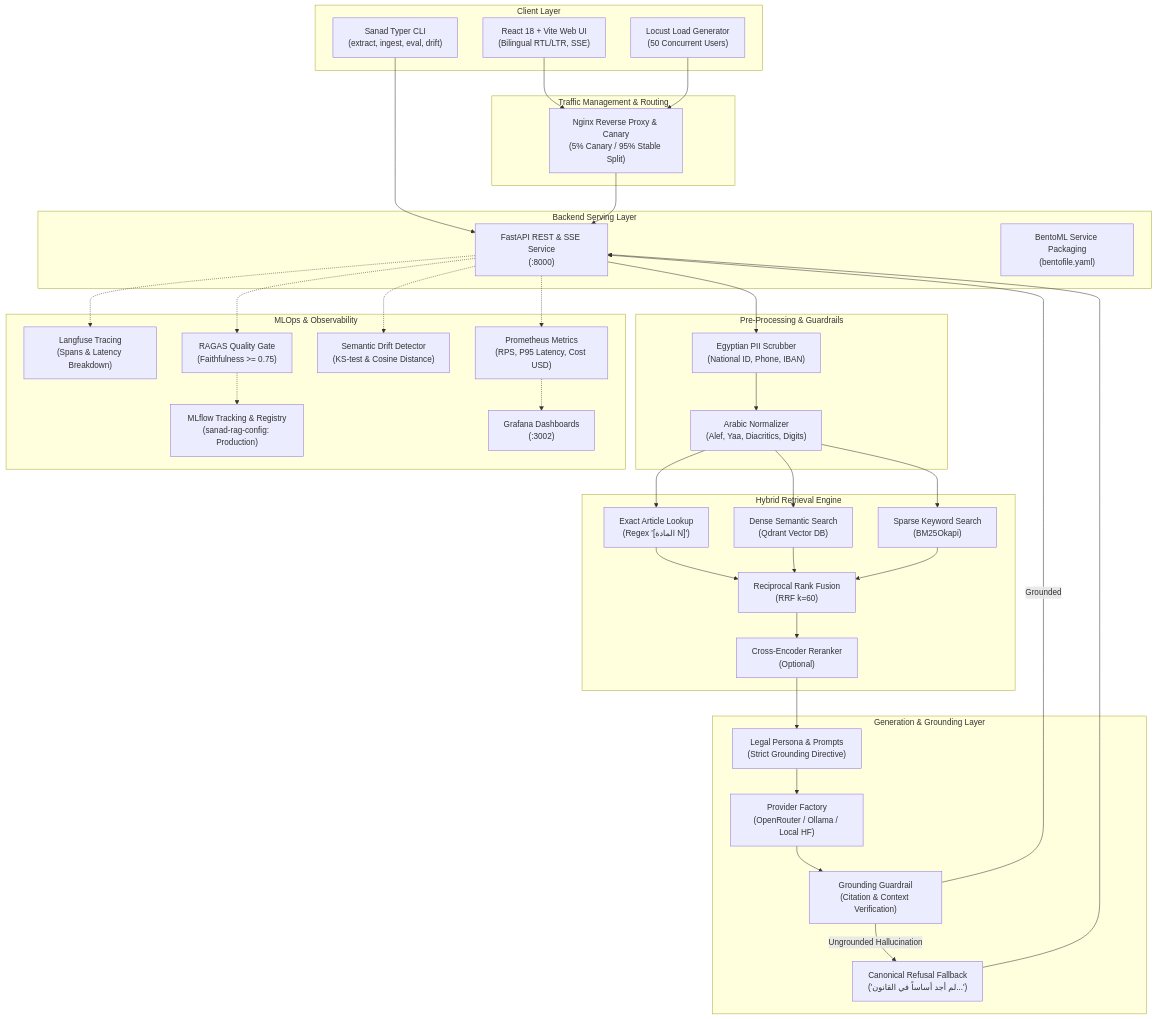
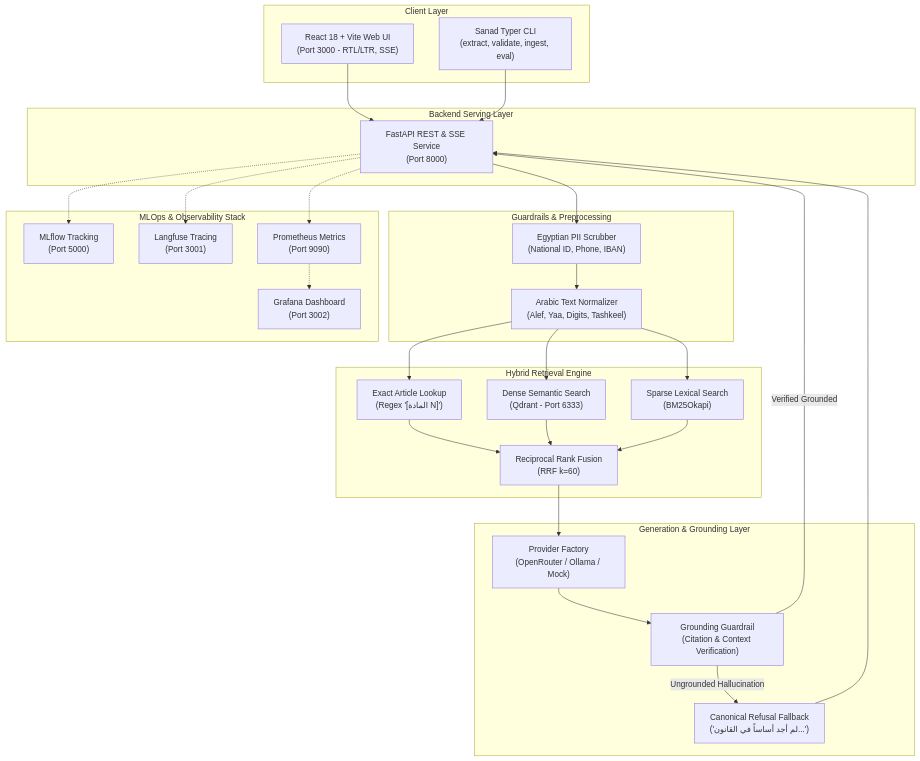
The diagram in README.md (Youssefx64/sanad-legal-qa), drawn with Mermaid before and after one commit. The commit also changed other lines of this file, not shown here.

Commit message:
docs(readme): rewrite setup guide with mock mode and docker compose verification

````diff
--- a/README.md
+++ b/README.md
@@ -35,73 +48,56 @@
 ```mermaid
 graph TD
     subgraph Clients["Client Layer"]
-        WebUI["React 18 + Vite Web UI<br/>(Bilingual RTL/LTR, SSE)"]
-        CLI["Sanad Typer CLI<br/>(extract, ingest, eval, drift)"]
-        Locust["Locust Load Generator<br/>(50 Concurrent Users)"]
-    end
-
-    subgraph Ingress["Traffic Management & Routing"]
-        Nginx["Nginx Reverse Proxy & Canary<br/>(5% Canary / 95% Stable Split)"]
+        WebUI["React 18 + Vite Web UI<br/>(Port 3000 - RTL/LTR, SSE)"]
+        CLI["Sanad Typer CLI<br/>(extract, validate, ingest, eval)"]
     end
 
     subgraph Serving["Backend Serving Layer"]
-        FastAPI["FastAPI REST & SSE Service<br/>(:8000)"]
-        Bento["BentoML Service Packaging<br/>(bentofile.yaml)"]
+        FastAPI["FastAPI REST & SSE Service<br/>(Port 8000)"]
     end
 
-    subgraph Preprocessing["Pre-Processing & Guardrails"]
+    subgraph Preprocessing["Guardrails & Preprocessing"]
         PII["Egyptian PII Scrubber<br/>(National ID, Phone, IBAN)"]
-        Normalizer["Arabic Normalizer<br/>(Alef, Yaa, Diacritics, Digits)"]
+        Normalizer["Arabic Text Normalizer<br/>(Alef, Yaa, Digits, Tashkeel)"]
     end
 
     subgraph RetrievalEngine["Hybrid Retrieval Engine"]
         Exact["Exact Article Lookup<br/>(Regex '[المادة N]')"]
-        Dense["Dense Semantic Search<br/>(Qdrant Vector DB)"]
-        Sparse["Sparse Keyword Search<br/>(BM25Okapi)"]
+        Dense["Dense Semantic Search<br/>(Qdrant - Port 6333)"]
+        Sparse["Sparse Lexical Search<br/>(BM25Okapi)"]
         RRF["Reciprocal Rank Fusion<br/>(RRF k=60)"]
-        Reranker["Cross-Encoder Reranker<br/>(Optional)"]
     end
 
     subgraph Generation["Generation & Grounding Layer"]
-        Prompts["Legal Persona & Prompts<br/>(Strict Grounding Directive)"]
-        LLM["Provider Factory<br/>(OpenRouter / Ollama / Local HF)"]
+        LLM["Provider Factory<br/>(OpenRouter / Ollama / Mock)"]
         Grounding["Grounding Guardrail<br/>(Citation & Context Verification)"]
         Refusal["Canonical Refusal Fallback<br/>('لم أجد أساساً في القانون...')"]
     end
 
-    subgraph Observability["MLOps & Observability"]
-        MLflow["MLflow Tracking & Registry<br/>(sanad-rag-config: Production)"]
-        Langfuse["Langfuse Tracing<br/>(Spans & Latency Breakdown)"]
-        Prometheus["Prometheus Metrics<br/>(RPS, P95 Latency, Cost USD)"]
-        Grafana["Grafana Dashboards<br/>(:3002)"]
-        Drift["Semantic Drift Detector<br/>(KS-test & Cosine Distance)"]
-        RAGAS["RAGAS Quality Gate<br/>(Faithfulness >= 0.75)"]
+    subgraph Observability["MLOps & Observability Stack"]
+        MLflow["MLflow Tracking<br/>(Port 5000)"]
+        Langfuse["Langfuse Tracing<br/>(Port 3001)"]
+        Prometheus["Prometheus Metrics<br/>(Port 9090)"]
+        Grafana["Grafana Dashboard<br/>(Port 3002)"]
     end
 
-    WebUI --> Nginx
-    Locust --> Nginx
+    WebUI --> FastAPI
     CLI --> FastAPI
-    Nginx --> FastAPI
     FastAPI --> PII
     PII --> Normalizer
     Normalizer --> Exact
     Normalizer --> Dense
     Normalizer --> Sparse
     Exact --> RRF
     Dense --> RRF
     Sparse --> RRF
-    RRF --> Reranker
-    Reranker --> Prompts
-    Prompts --> LLM
+    RRF --> LLM
     LLM --> Grounding
-    Grounding -->|Grounded| FastAPI
+    Grounding -->|Verified Grounded| FastAPI
     Grounding -->|Ungrounded Hallucination| Refusal
     Refusal --> FastAPI
-
     FastAPI -.-> Langfuse
     FastAPI -.-> Prometheus
     Prometheus -.-> Grafana
-    FastAPI -.-> Drift
-    FastAPI -.-> RAGAS
-    RAGAS -.-> MLflow
+    FastAPI -.-> MLflow
 ```
````
